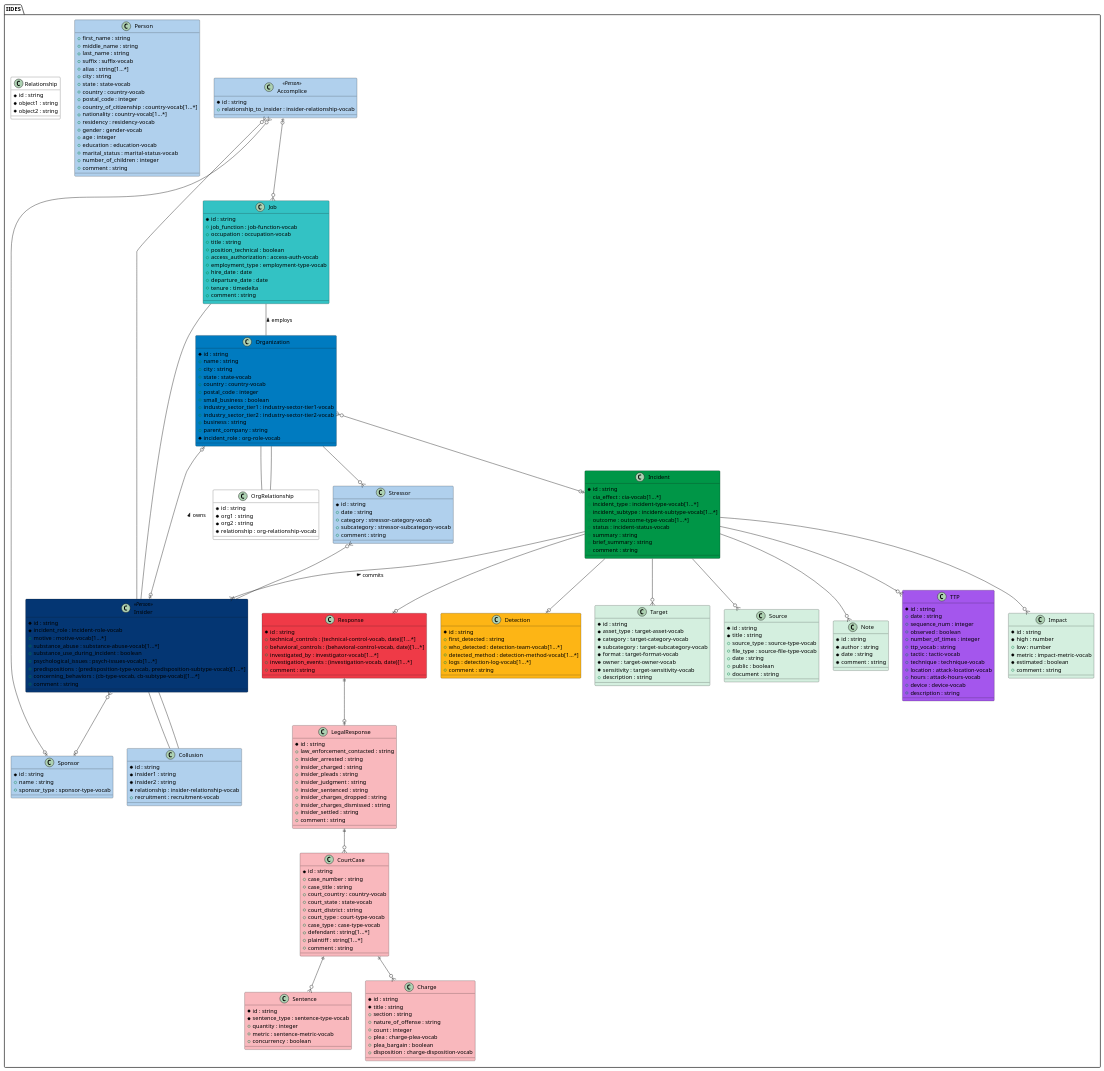
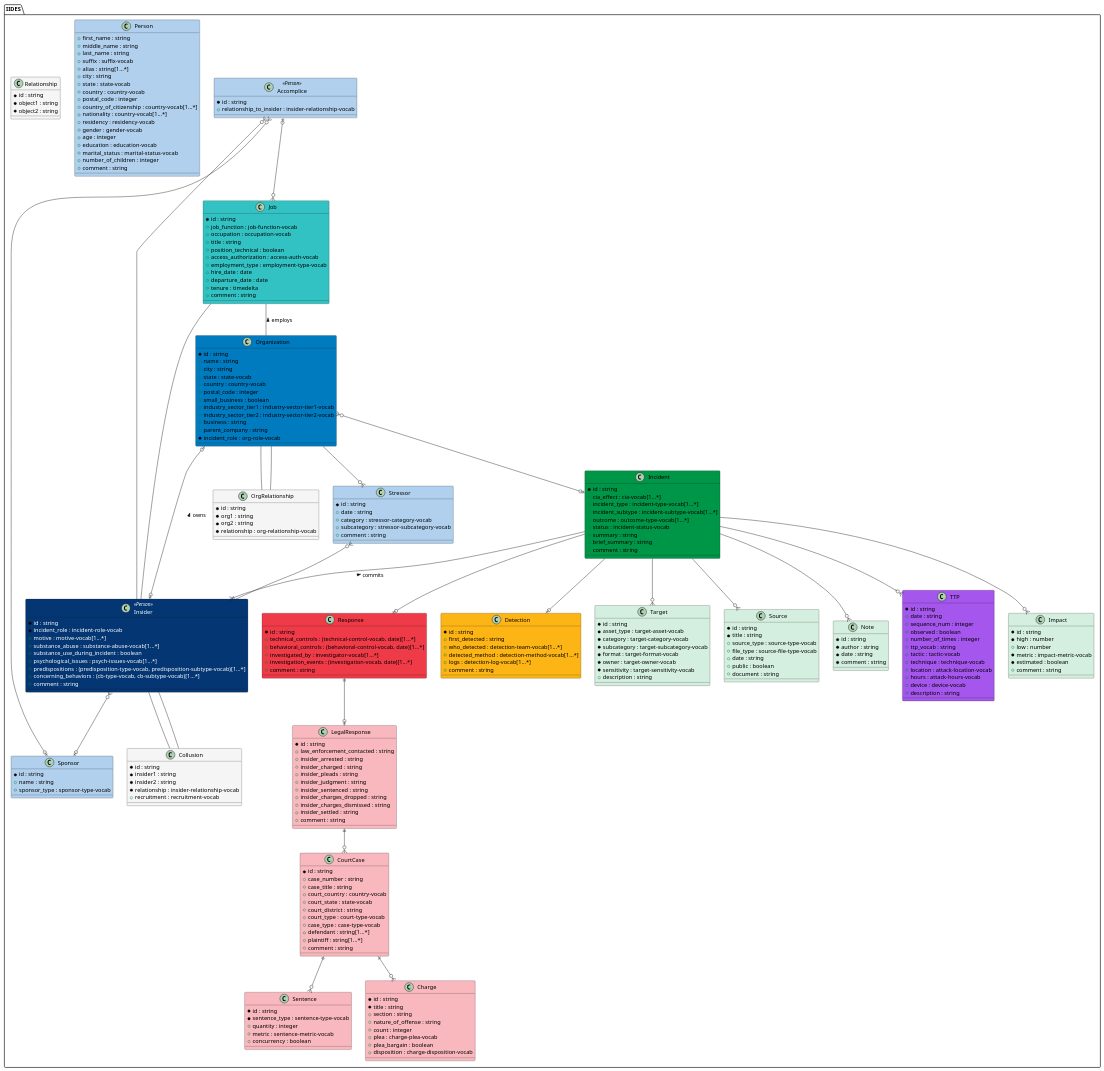
One commit to cmu-sei/iides changed the diagram in UML/source/iides.wsd. Above: the diagram before and after it, drawn with PlantUML. The commit also changed 6 other files, not shown here.

```diff
--- a/UML/source/iides.wsd
+++ b/UML/source/iides.wsd
@@ -166,7 +166,7 @@
 	+ plaintiff : string[1...*] 
 	+ comment : string 
 }
-class Insider <<Person>> #043673 {
+class Insider <<Person>> #043673;text:white {
 	* id : string 
 	* incident_role : incident-role-vocab 
 	+ motive : motive-vocab[1...*] 
@@ -193,18 +193,18 @@
 	+ logs : detection-log-vocab[1...*] 
 	+ comment : string 
 }
-class OrgRelationship #FFFFFF {
+class OrgRelationship #F5F5F5 {
 	* id : string 
 	* org1 : string 
 	* org2 : string 
 	* relationship : org-relationship-vocab 
 }
-class Relationship #FFFFFF {
+class Relationship #F5F5F5 {
 	* id : string 
 	* object1 : string 
 	* object2 : string 
 }
-class Collusion #b0d0ed {
+class Collusion #F5F5F5 {
 	* id : string 
 	* insider1 : string 
 	* insider2 : string 
```
